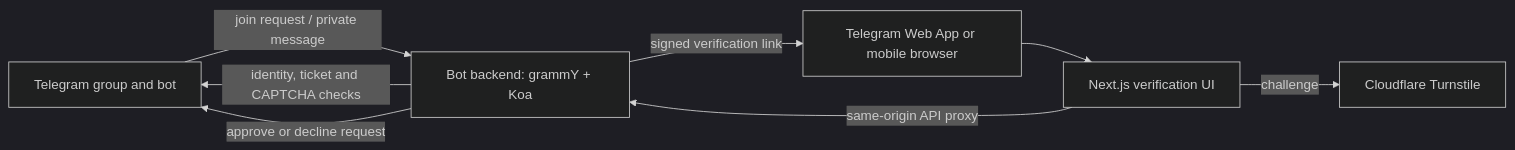
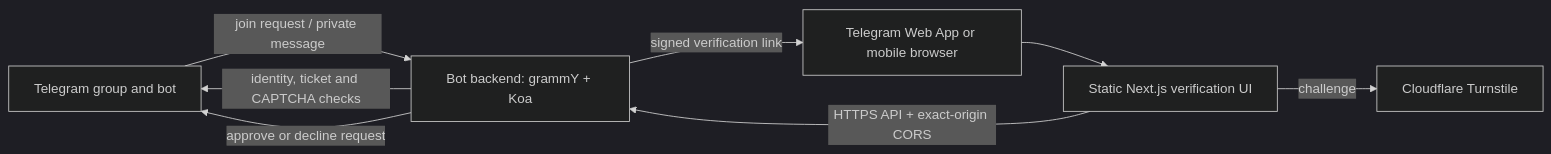
The diagram in README.md (withgardener/telegram-entry-verification-bot), drawn with Mermaid (dark theme) before and after one commit. The commit also changed other lines of this file and 23 other files, not shown here.

````diff
--- a/README.md
+++ b/README.md
@@ -21,10 +21,10 @@
 ```mermaid
 flowchart LR
   Telegram[Telegram group and bot] -->|join request / private message| Backend[Bot backend: grammY + Koa]
   Backend -->|signed verification link| User[Telegram Web App or mobile browser]
-  User --> Frontend[Next.js verification UI]
-  Frontend -->|same-origin API proxy| Backend
+  User --> Frontend[Static Next.js verification UI]
+  Frontend -->|HTTPS API + exact-origin CORS| Backend
   Frontend -->|challenge| Turnstile[Cloudflare Turnstile]
   Backend -->|identity, ticket and CAPTCHA checks| Telegram
   Backend -->|approve or decline request| Telegram
 ```
````
